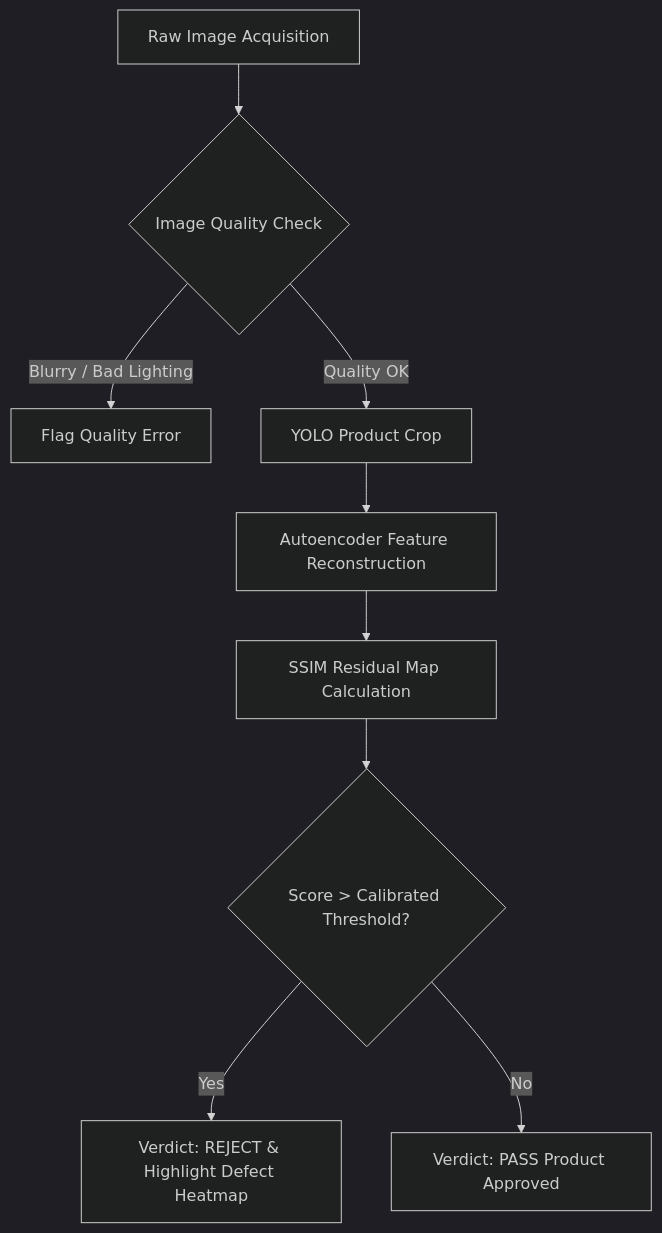
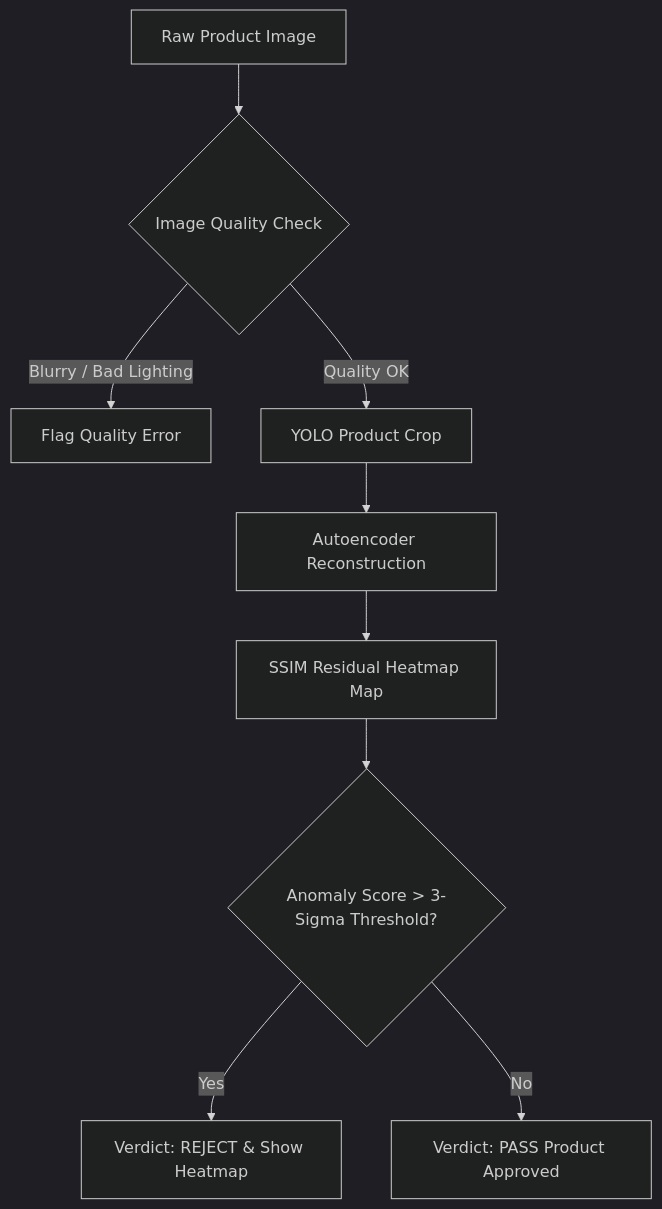
Before and after one commit to GKSJ-Deepvision/VisionInspectAI: the diagram in README.md, drawn with Mermaid (dark theme). The commit also changed other lines of this file and 1 other file, not shown here.

````diff
--- a/README.md
+++ b/README.md
@@ -205,11 +218,11 @@
 ```mermaid
 flowchart TD
-    A[Raw Image Acquisition] --> B{Image Quality Check}
+    A[Raw Product Image] --> B{Image Quality Check}
     B -- Blurry / Bad Lighting --> C[Flag Quality Error]
     B -- Quality OK --> D[YOLO Product Crop]
-    D --> E[Autoencoder Feature Reconstruction]
-    E --> F[SSIM Residual Map Calculation]
-    F --> G{Score > Calibrated Threshold?}
-    G -- Yes --> H[Verdict: REJECT & Highlight Defect Heatmap]
+    D --> E[Autoencoder Reconstruction]
+    E --> F[SSIM Residual Heatmap Map]
+    F --> G{Anomaly Score > 3-Sigma Threshold?}
+    G -- Yes --> H[Verdict: REJECT & Show Heatmap]
     G -- No --> I[Verdict: PASS Product Approved]
 ```
````
